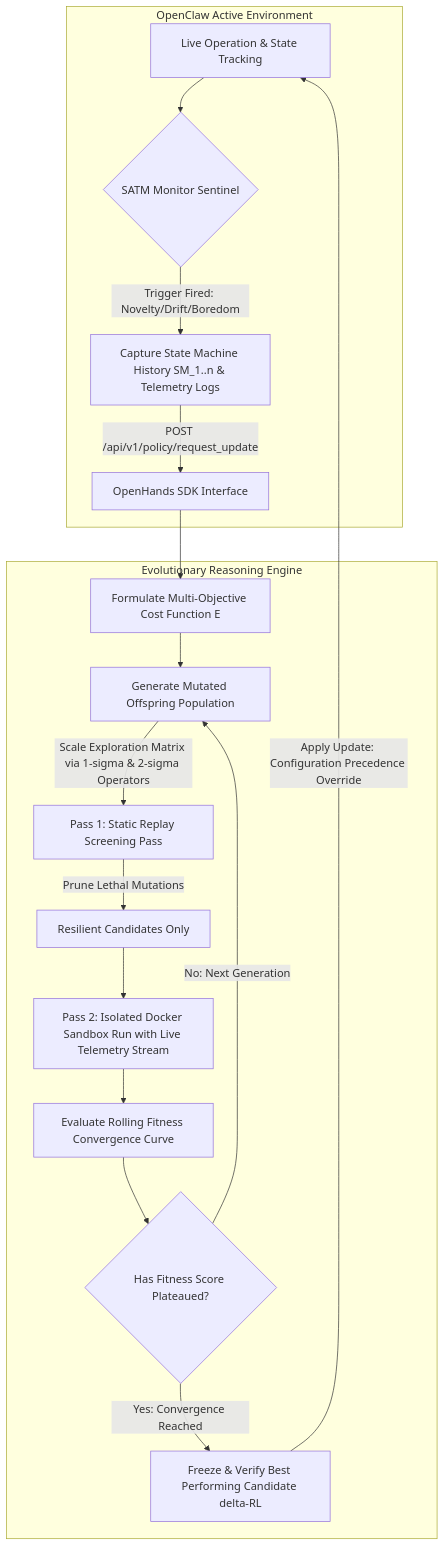
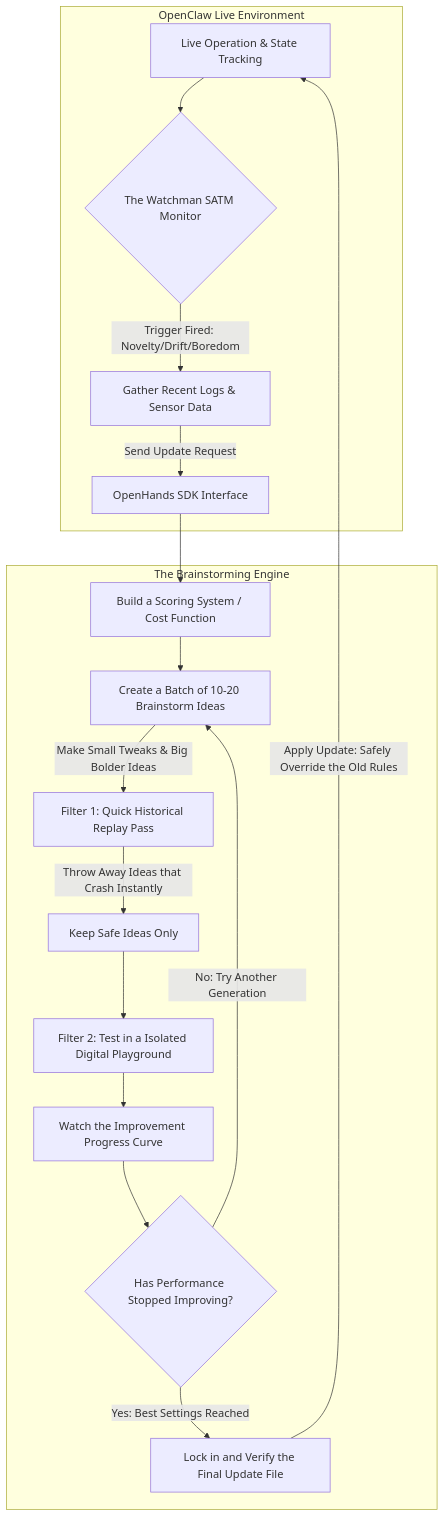
One commit to aai-pai/anvil-coding-agent changed the diagram in docs/docs_proposal.md. Above: the diagram before and after it, drawn with Mermaid. The commit also changed other lines of this file, not shown here.

````diff
--- a/docs/docs_proposal.md
+++ b/docs/docs_proposal.md
@@ -15,22 +17,22 @@
 ```mermaid
 flowchart TD
-    subgraph OpenClaw Runtime [OpenClaw Active Environment]
-        A[Live Operation & State Tracking] --> B{SATM Monitor Sentinel}
-        B -->|Trigger Fired: Novelty/Drift/Boredom| C[Capture State Machine History SM_1..n & Telemetry Logs]
-        C -->|POST /api/v1/policy/request_update| D[OpenHands SDK Interface]
+    subgraph OpenClaw Runtime [OpenClaw Live Environment]
+        A[Live Operation & State Tracking] --> B{The Watchman SATM Monitor}
+        B -->|Trigger Fired: Novelty/Drift/Boredom| C[Gather Recent Logs & Sensor Data]
+        C -->|Send Update Request| D[OpenHands SDK Interface]
     end
 
-    subgraph OpenHands SDK [Evolutionary Reasoning Engine]
-        D --> E[Formulate Multi-Objective Cost Function E]
-        E --> F[Generate Mutated Offspring Population]
-        F -->|Scale Exploration Matrix via 1-sigma & 2-sigma Operators| G[Pass 1: Static Replay Screening Pass]
-        G -->|Prune Lethal Mutations| H[Resilient Candidates Only]
-        H --> I[Pass 2: Isolated Docker Sandbox Run with Live Telemetry Stream]
-        I --> J[Evaluate Rolling Fitness Convergence Curve]
-        J --> K{Has Fitness Score Plateaued?}
-        K -- No: Next Generation --> F
-        K -- Yes: Convergence Reached --> L[Freeze & Verify Best Performing Candidate delta-RL]
+    subgraph OpenHands SDK [The Brainstorming Engine]
+        D --> E[Build a Scoring System / Cost Function]
+        E --> F[Create a Batch of 10-20 Brainstorm Ideas]
+        F -->|Make Small Tweaks & Big Bolder Ideas| G[Filter 1: Quick Historical Replay Pass]
+        G -->|Throw Away Ideas that Crash Instantly| H[Keep Safe Ideas Only]
+        H --> I[Filter 2: Test in a Isolated Digital Playground]
+        I --> J[Watch the Improvement Progress Curve]
+        J --> K{Has Performance Stopped Improving?}
+        K -- No: Try Another Generation --> F
+        K -- Yes: Best Settings Reached --> L[Lock in and Verify the Final Update File]
     end
 
-    L -->|Apply Update: Configuration Precedence Override| A
+    L -->|Apply Update: Safely Override the Old Rules| A
 ```
````
